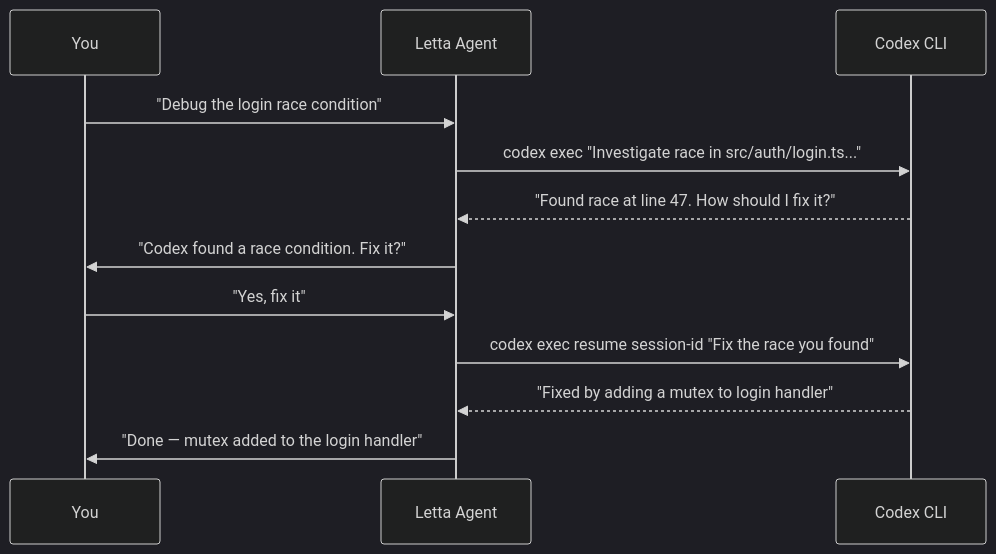
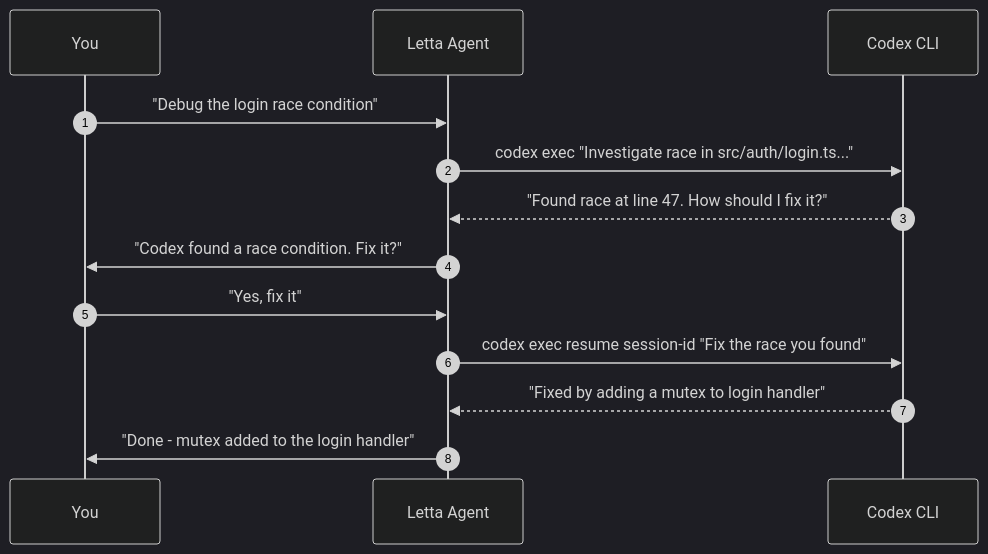
One commit to greedychipmunk/algodojo-xyz changed the second of 3 diagrams in src/content/tutorials/letta-orchestrate-codex.mdx. Above: the diagram before and after it, drawn with Mermaid (dark theme). The commit also changed other lines of this file, not shown here.

First line of the commit message:
fix: optimize all Mermaid diagrams using skill guidance

````diff
--- a/src/content/tutorials/letta-orchestrate-codex.mdx
+++ b/src/content/tutorials/letta-orchestrate-codex.mdx
@@ -402,15 +400,16 @@
 ```mermaid
 sequenceDiagram
+    autonumber
     participant U as You
     participant L as Letta Agent
     participant C as Codex CLI
 
     U->>L: "Debug the login race condition"
     L->>C: codex exec "Investigate race in src/auth/login.ts..."
     C-->>L: "Found race at line 47. How should I fix it?"
     L->>U: "Codex found a race condition. Fix it?"
     U->>L: "Yes, fix it"
     L->>C: codex exec resume session-id "Fix the race you found"
     C-->>L: "Fixed by adding a mutex to login handler"
-    L->>U: "Done — mutex added to the login handler"
+    L->>U: "Done - mutex added to the login handler"
 ```
````
